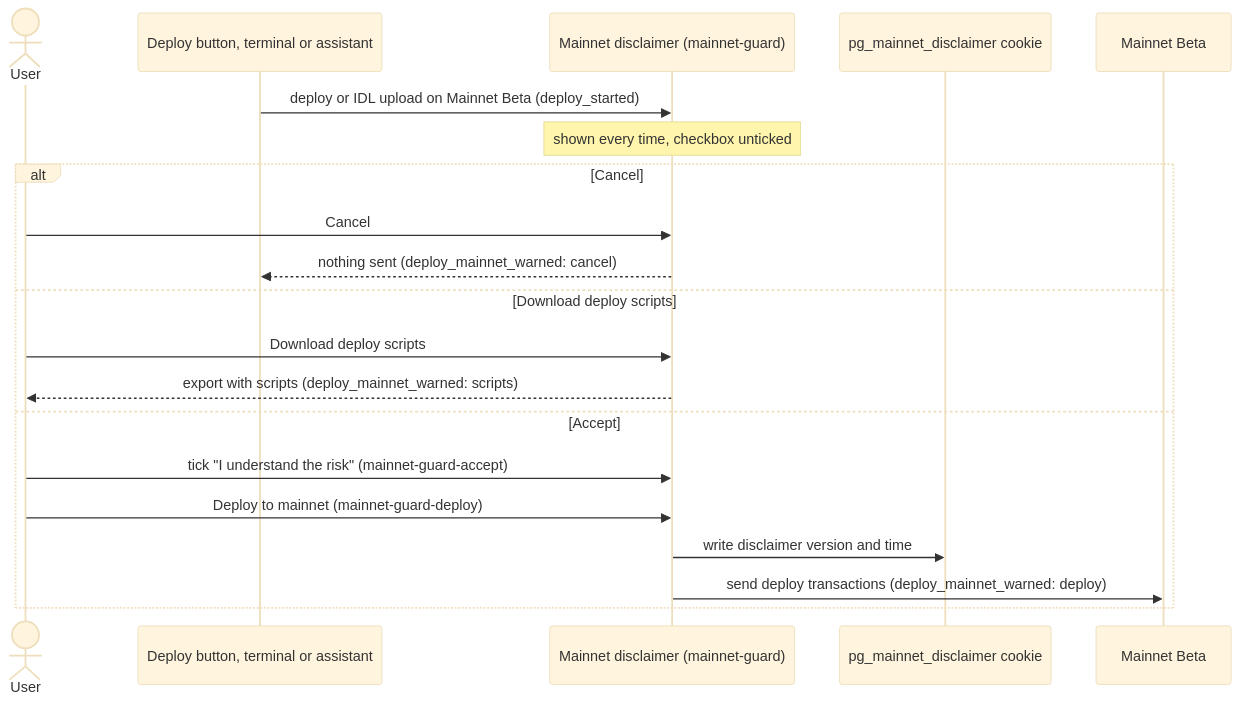
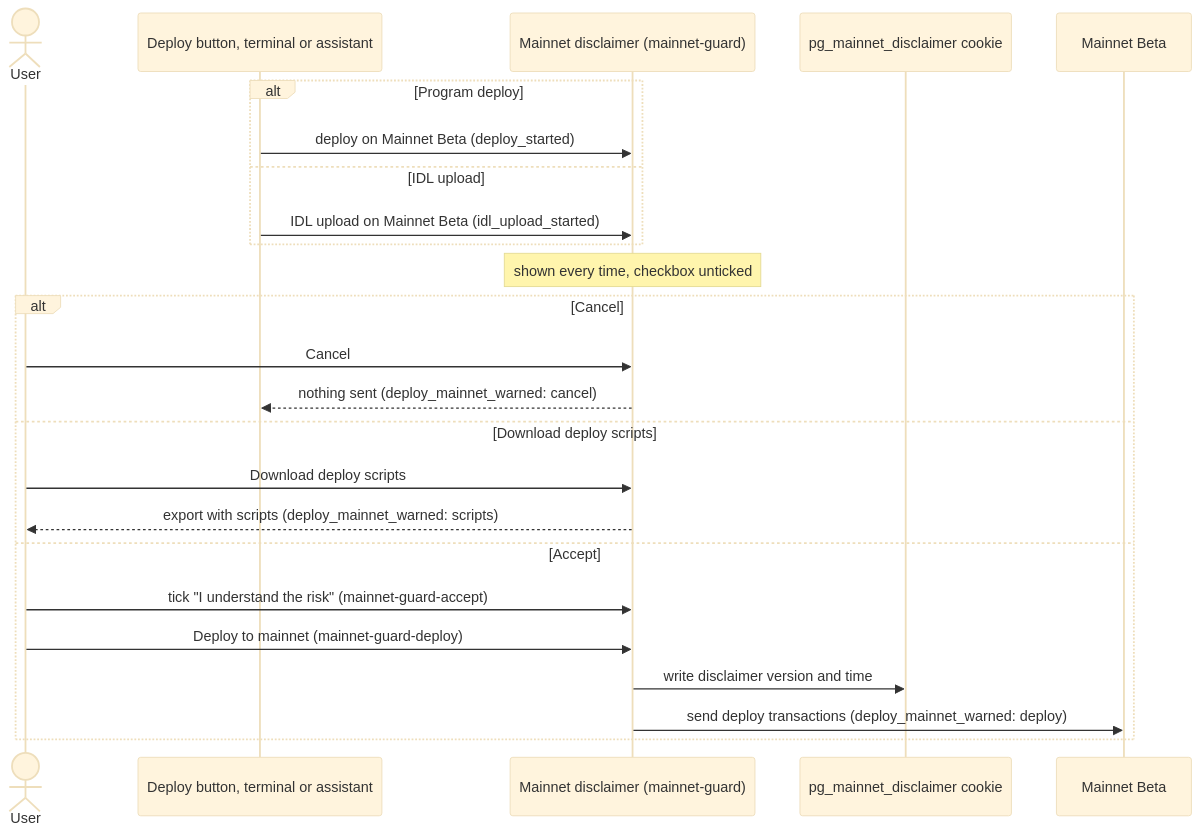
The third of 3 diagrams in openspec/changes/wbdi-flow/design.md (solana-foundation/solana-playground), drawn with Mermaid (base theme) before and after one commit. The commit also changed other lines of this file, not shown here.

Commit message:
docs(openspec): fix the IDL-missing branch and the upload start event in the design diagrams (greploop 1)

````diff
--- a/openspec/changes/wbdi-flow/design.md
+++ b/openspec/changes/wbdi-flow/design.md
@@ -145,22 +142,26 @@
 ```mermaid
 sequenceDiagram
   actor User
   participant Start as Deploy button, terminal or assistant
   participant Dialog as Mainnet disclaimer (mainnet-guard)
   participant Cookie as pg_mainnet_disclaimer cookie
   participant Chain as Mainnet Beta
-  Start->>Dialog: deploy or IDL upload on Mainnet Beta (deploy_started)
+  alt Program deploy
+    Start->>Dialog: deploy on Mainnet Beta (deploy_started)
+  else IDL upload
+    Start->>Dialog: IDL upload on Mainnet Beta (idl_upload_started)
+  end
   Note over Dialog: shown every time, checkbox unticked
   alt Cancel
     User->>Dialog: Cancel
     Dialog-->>Start: nothing sent (deploy_mainnet_warned: cancel)
   else Download deploy scripts
     User->>Dialog: Download deploy scripts
     Dialog-->>User: export with scripts (deploy_mainnet_warned: scripts)
   else Accept
     User->>Dialog: tick "I understand the risk" (mainnet-guard-accept)
     User->>Dialog: Deploy to mainnet (mainnet-guard-deploy)
     Dialog->>Cookie: write disclaimer version and time
     Dialog->>Chain: send deploy transactions (deploy_mainnet_warned: deploy)
   end
 ```
````
